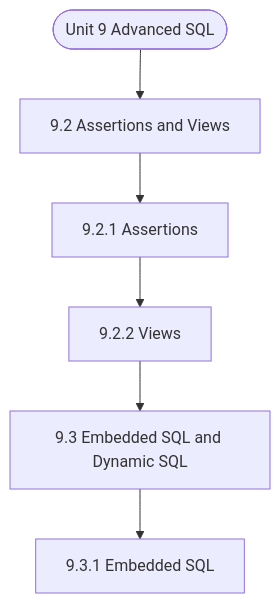
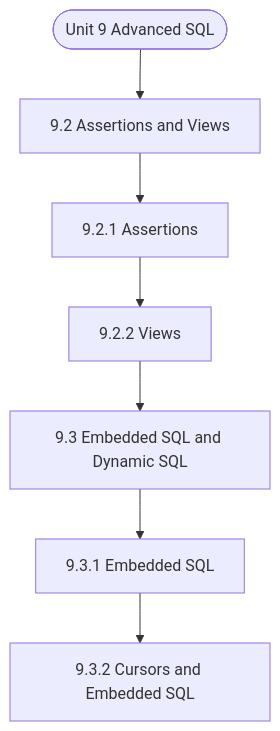
One commit to Asutosh-Coaching/mscdsa changed the diagram in notes/Semester_1/MCS-207_Database_Management_Systems/unit_09_Advanced_SQL.md. Above: the diagram before and after it, drawn with Mermaid. The commit also changed other lines of this file and 116 other files, not shown here.

````diff
--- a/notes/Semester_1/MCS-207_Database_Management_Systems/unit_09_Advanced_SQL.md
+++ b/notes/Semester_1/MCS-207_Database_Management_Systems/unit_09_Advanced_SQL.md
@@ -19,14 +19,16 @@
 ```mermaid
 flowchart TD
   Start(["Unit 9 Advanced SQL"])
   N1["9.2 Assertions and Views"]
   N2["9.2.1 Assertions"]
   N3["9.2.2 Views"]
   N4["9.3 Embedded SQL and Dynamic SQL"]
   N5["9.3.1 Embedded SQL"]
+  N6["9.3.2 Cursors and Embedded SQL"]
   Start --> N1
   N1 --> N2
   N2 --> N3
   N3 --> N4
   N4 --> N5
+  N5 --> N6
 ```
````
